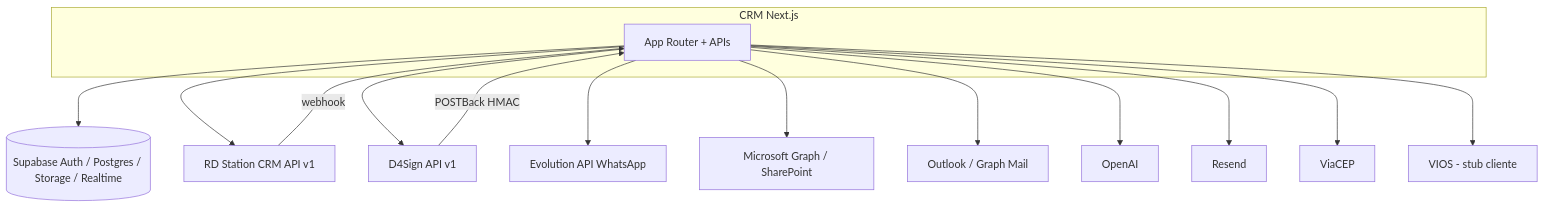
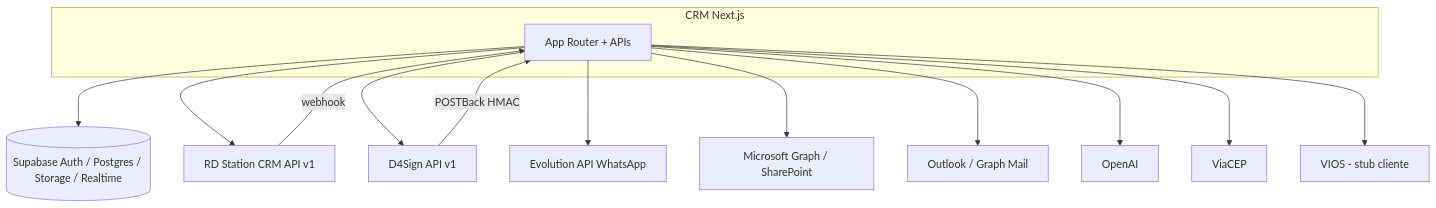
One commit to LeoMarquesSilva/novo-crm changed the first of 2 diagrams in docs/SISTEMA-TECNICO-COMPLETO.md. Above: the diagram before and after it, drawn with Mermaid. The commit also changed other lines of this file and 93 other files, not shown here.

````diff
--- a/docs/SISTEMA-TECNICO-COMPLETO.md
+++ b/docs/SISTEMA-TECNICO-COMPLETO.md
@@ -925,28 +925,26 @@
 ```mermaid
 flowchart TB
   subgraph crm [CRM Next.js]
     UI[App Router + APIs]
   end
   SB[(Supabase Auth / Postgres / Storage / Realtime)]
   RD[RD Station CRM API v1]
   D4[D4Sign API v1]
   EV[Evolution API WhatsApp]
   SP[Microsoft Graph / SharePoint]
   OUT[Outlook / Graph Mail]
   OAI[OpenAI]
-  RS[Resend]
   CEP[ViaCEP]
   VIOS[VIOS - stub cliente]
   UI --> SB
   UI --> RD
   UI --> D4
   UI --> EV
   UI --> SP
   UI --> OUT
   UI --> OAI
-  UI --> RS
   UI --> CEP
   UI --> VIOS
   RD -->|webhook| UI
   D4 -->|POSTBack HMAC| UI
 ```
````
